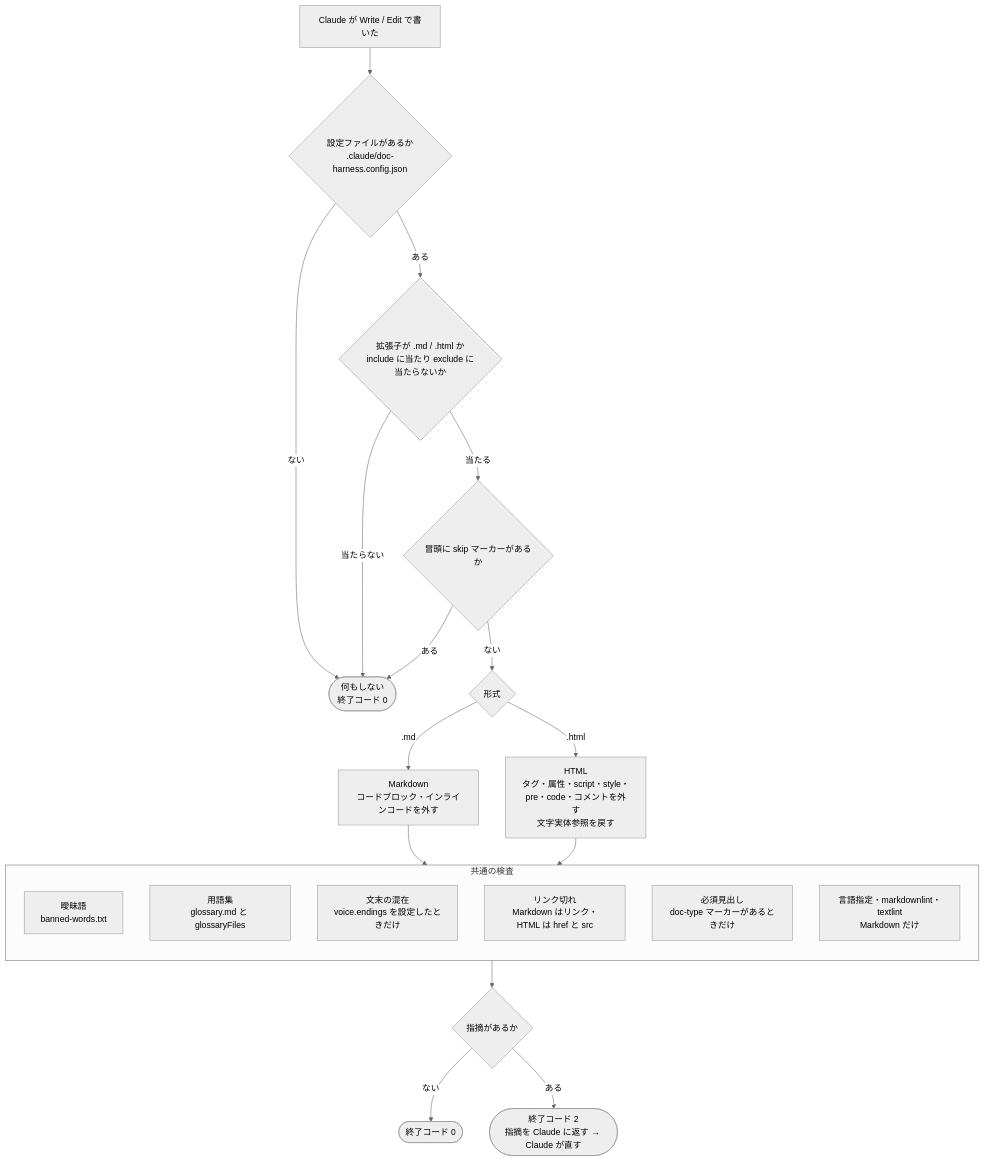
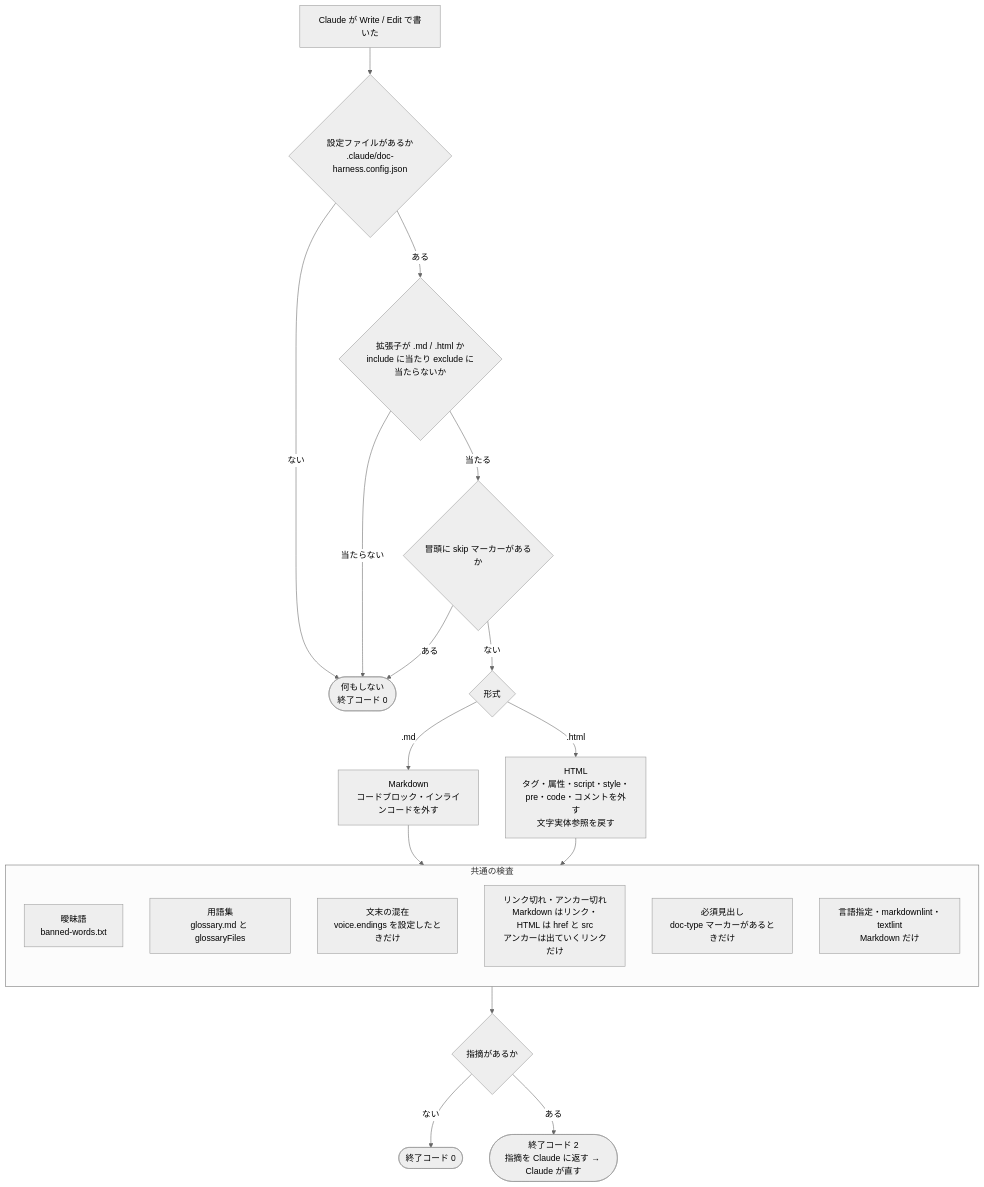
Before and after one commit to mizuta0711/claude-doc-harness: the diagram in docs/diagrams/04_フック検査の流れ図.md, drawn with Mermaid (neutral theme). The commit also changed other lines of this file and 12 other files, not shown here.

````diff
--- a/docs/diagrams/04_フック検査の流れ図.md
+++ b/docs/diagrams/04_フック検査の流れ図.md
@@ -17,39 +17,39 @@
 ```mermaid
 flowchart TD
     W["Claude が Write / Edit で書いた"]
     C1{"設定ファイルがあるか<br/>.claude/doc-harness.config.json"}
     C2{"拡張子が .md / .html か<br/>include に当たり exclude に当たらないか"}
     C3{"冒頭に skip マーカーがあるか"}
     PASS(["何もしない<br/>終了コード 0"])
 
     FMT{"形式"}
     MD["Markdown<br/>コードブロック・インラインコードを外す"]
     HTML["HTML<br/>タグ・属性・script・style・pre・code・コメントを外す<br/>文字実体参照を戻す"]
 
     subgraph CHECKS["共通の検査"]
         direction TB
         K1["曖昧語<br/>banned-words.txt"]
         K2["用語集<br/>glossary.md と glossaryFiles"]
         K3["文末の混在<br/>voice.endings を設定したときだけ"]
-        K4["リンク切れ<br/>Markdown はリンク・HTML は href と src"]
+        K4["リンク切れ・アンカー切れ<br/>Markdown はリンク・HTML は href と src<br/>アンカーは出ていくリンクだけ"]
         K5["必須見出し<br/>doc-type マーカーがあるときだけ"]
         K6["言語指定・markdownlint・textlint<br/>Markdown だけ"]
     end
 
     R{"指摘があるか"}
     OK(["終了コード 0"])
     NG(["終了コード 2<br/>指摘を Claude に返す → Claude が直す"])
 
     W --> C1
     C1 -- ない --> PASS
     C1 -- ある --> C2
     C2 -- 当たらない --> PASS
     C2 -- 当たる --> C3
     C3 -- ある --> PASS
     C3 -- ない --> FMT
     FMT -- .md --> MD --> CHECKS
     FMT -- .html --> HTML --> CHECKS
     CHECKS --> R
     R -- ない --> OK
     R -- ある --> NG
 ```
````
